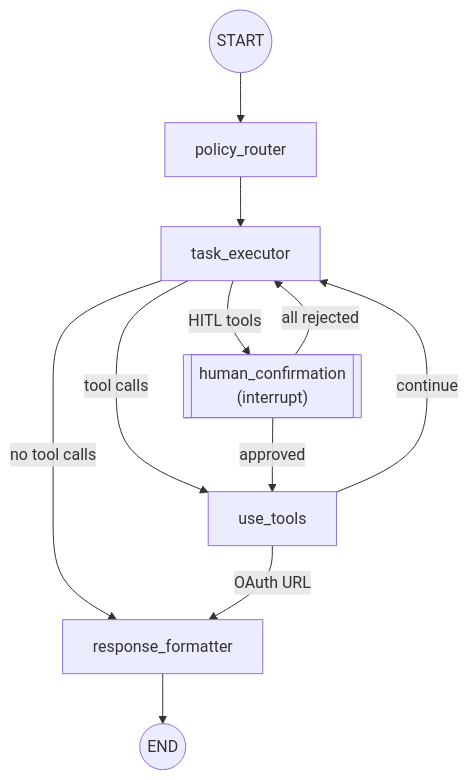
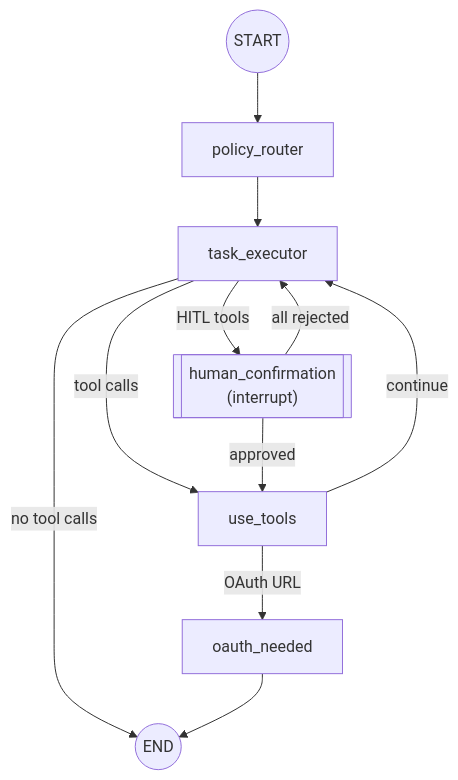
The diagram in README.md (frnnk/msg-agent), drawn with Mermaid before and after one commit. The commit also changed other lines of this file and 6 other files, not shown here.

Commit message:
merged response formatter node into task executor to improve latency, fixed small oauth bug

````diff
--- a/README.md
+++ b/README.md
@@ -7,18 +7,18 @@
 ```mermaid
 flowchart TD
     START((START)) --> policy_router
     policy_router --> task_executor
 
     task_executor -->|HITL tools| human_confirmation
     task_executor -->|tool calls| use_tools
-    task_executor -->|no tool calls| response_formatter
+    task_executor -->|no tool calls| END
 
     human_confirmation[["human_confirmation<br/>(interrupt)"]]
     human_confirmation -->|approved| use_tools
     human_confirmation -->|all rejected| task_executor
 
-    use_tools -->|OAuth URL| response_formatter
+    use_tools -->|OAuth URL| oauth_needed
     use_tools -->|continue| task_executor
 
-    response_formatter --> END((END))
+    oauth_needed --> END((END))
 ```
````
